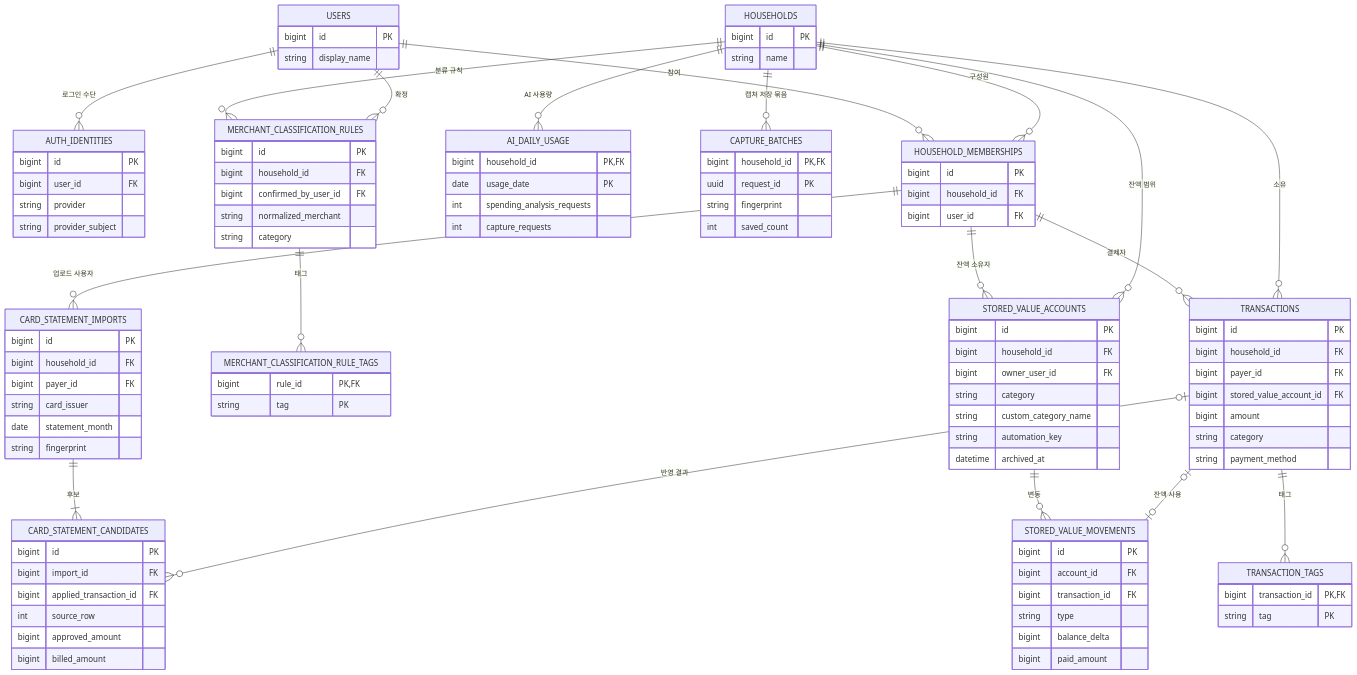
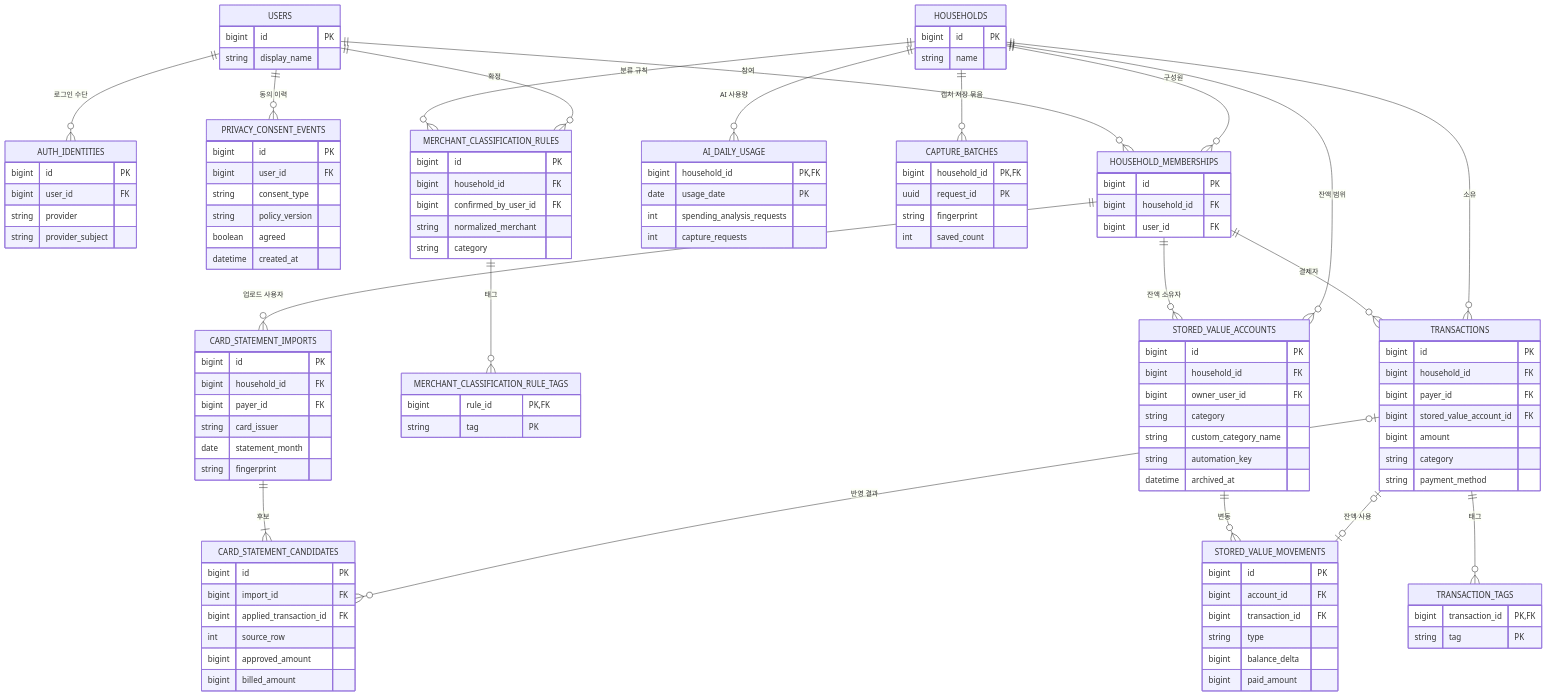
Before and after one commit to takeown/woorijip: the diagram in docs/api/DATA_MODEL.md, drawn with Mermaid. The commit also changed other lines of this file and 32 other files, not shown here.

Commit message:
feat: add privacy consent flow

````diff
--- a/docs/api/DATA_MODEL.md
+++ b/docs/api/DATA_MODEL.md
@@ -23,6 +23,7 @@
 ```mermaid
 erDiagram
     USERS ||--o{ AUTH_IDENTITIES : "로그인 수단"
+    USERS ||--o{ PRIVACY_CONSENT_EVENTS : "동의 이력"
     USERS ||--o{ HOUSEHOLD_MEMBERSHIPS : "참여"
     HOUSEHOLDS ||--o{ HOUSEHOLD_MEMBERSHIPS : "구성원"
 
@@ -54,6 +55,14 @@
         bigint user_id FK
         string provider
         string provider_subject
+    }
+    PRIVACY_CONSENT_EVENTS {
+        bigint id PK
+        bigint user_id FK
+        string consent_type
+        string policy_version
+        boolean agreed
+        datetime created_at
     }
     HOUSEHOLDS {
         bigint id PK
````
